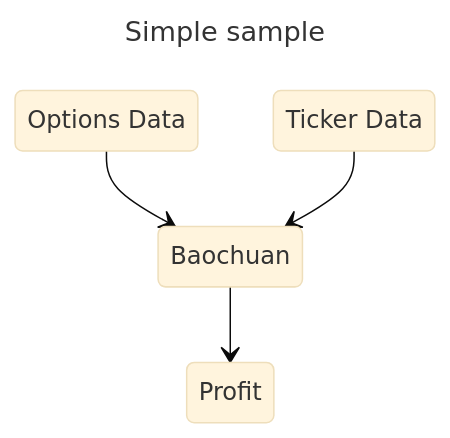
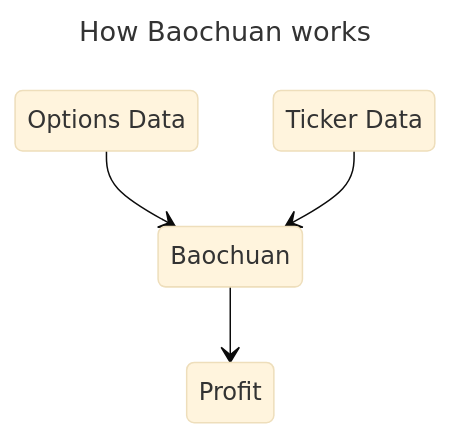
Before and after one commit to ssoper/Baochuan: the diagram in README.md, drawn with Mermaid (base theme).

Commit message:
update title

````diff
--- a/README.md
+++ b/README.md
@@ -7,11 +7,11 @@
 ```mermaid
 ---
-title: Simple sample
+title: How Baochuan works
 ---
 stateDiagram-v2
     options: Options Data
     ticker: Ticker Data
     options --> Baochuan
     ticker --> Baochuan
     Baochuan --> Profit
 ```
````
